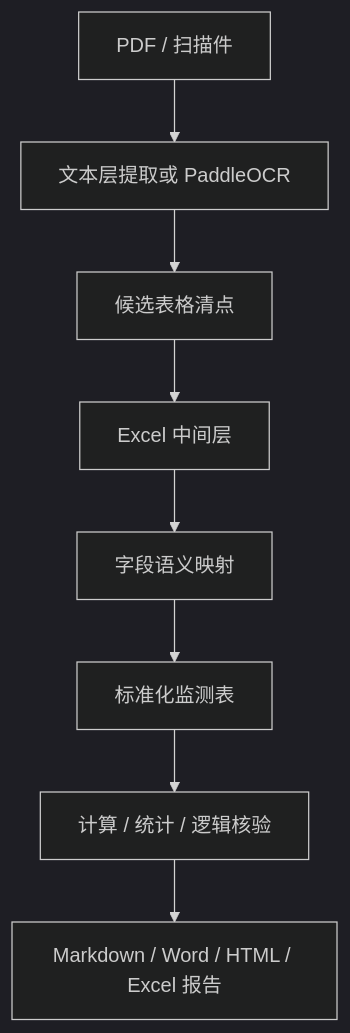
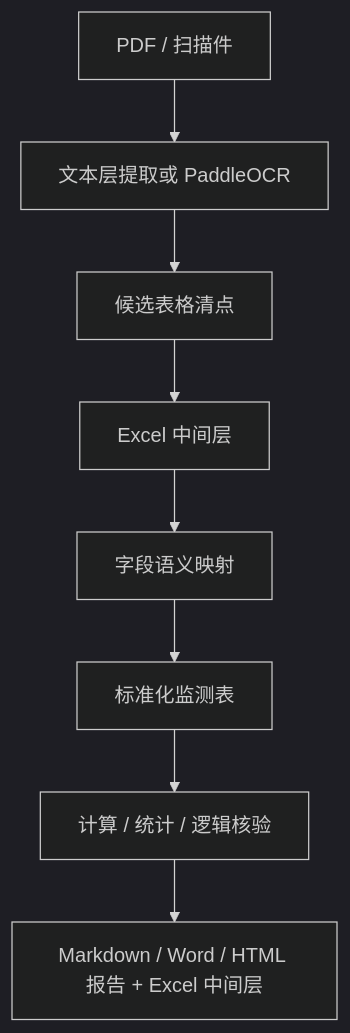
The diagram in docs/表格识别与Excel中间层设计.md (gaaiyun/building-deformation-checker), drawn with Mermaid (dark theme) before and after one commit. The commit also changed other lines of this file and 20 other files, not shown here.

````diff
--- a/docs/表格识别与Excel中间层设计.md
+++ b/docs/表格识别与Excel中间层设计.md
@@ -17,10 +17,10 @@
 ```mermaid
 flowchart TD
     A["PDF / 扫描件"] --> B["文本层提取或 PaddleOCR"]
     B --> C["候选表格清点"]
     C --> D["Excel 中间层"]
     D --> E["字段语义映射"]
     E --> F["标准化监测表"]
     F --> G["计算 / 统计 / 逻辑核验"]
-    G --> H["Markdown / Word / HTML / Excel 报告"]
+    G --> H["Markdown / Word / HTML 报告 + Excel 中间层"]
 ```
````
